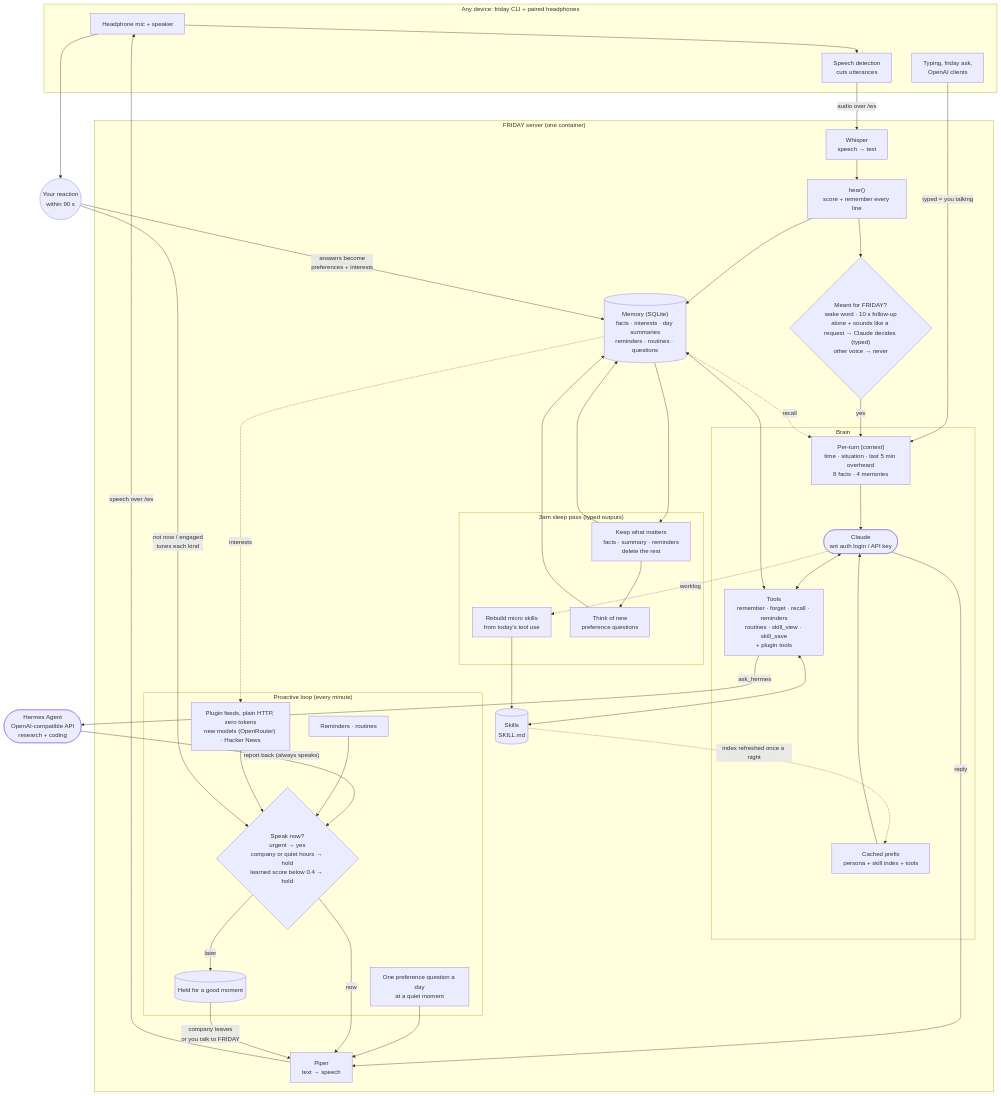
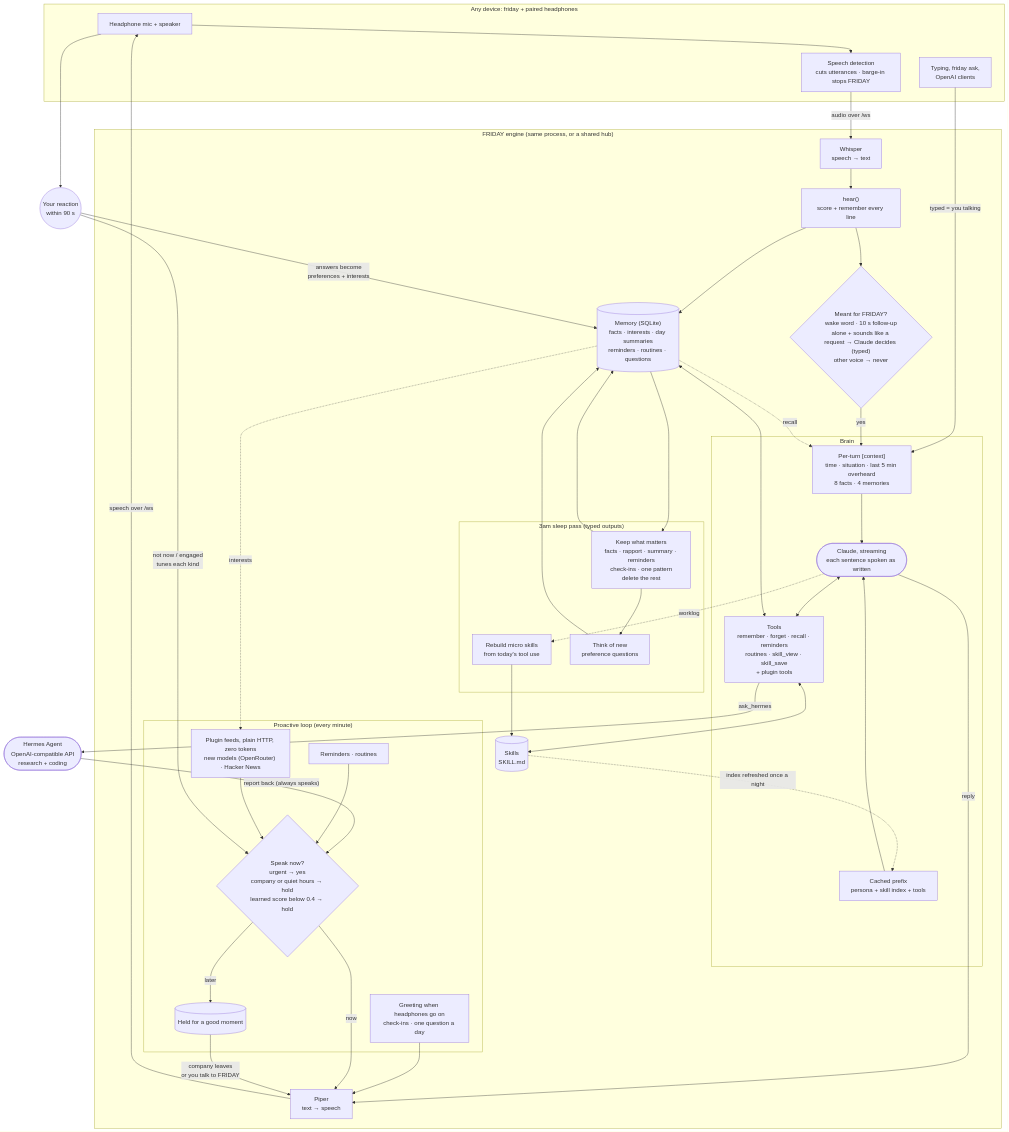
One commit to thesnarkitecht/friday changed the first of 2 diagrams in docs/ARCHITECTURE.md. Above: the diagram before and after it, drawn with Mermaid. The commit also changed other lines of this file and 25 other files, not shown here.

````diff
--- a/docs/ARCHITECTURE.md
+++ b/docs/ARCHITECTURE.md
@@ -8,75 +8,75 @@
 ```mermaid
 flowchart TB
-    subgraph DEVICE["Any device: friday CLI + paired headphones"]
+    subgraph DEVICE["Any device: friday + paired headphones"]
         buds["Headphone mic + speaker"]
-        vad["Speech detection<br/>cuts utterances"]
+        vad["Speech detection<br/>cuts utterances · barge-in stops FRIDAY"]
         typed["Typing, friday ask,<br/>OpenAI clients"]
     end
 
-    subgraph SERVER["FRIDAY server (one container)"]
+    subgraph SERVER["FRIDAY engine (same process, or a shared hub)"]
         stt["Whisper<br/>speech → text"]
         tts["Piper<br/>text → speech"]
         hear["hear()<br/>score + remember every line"]
         who{"Meant for FRIDAY?<br/>wake word · 10 s follow-up<br/>alone + sounds like a request → Claude decides (typed)<br/>other voice → never"}
 
         subgraph BRAIN["Brain"]
             prefix["Cached prefix<br/>persona + skill index + tools"]
             ctx["Per-turn [context]<br/>time · situation · last 5 min overheard<br/>8 facts · 4 memories"]
-            claude(["Claude<br/>ant auth login / API key"])
+            claude(["Claude, streaming<br/>each sentence spoken as written"])
             tools["Tools<br/>remember · forget · recall · reminders<br/>routines · skill_view · skill_save<br/>+ plugin tools"]
         end
 
         mem[("Memory (SQLite)<br/>facts · interests · day summaries<br/>reminders · routines · questions")]
         skills[("Skills<br/>SKILL.md")]
 
         subgraph PRO["Proactive loop (every minute)"]
             due["Reminders · routines"]
             feeds["Plugin feeds, plain HTTP, zero tokens<br/>new models (OpenRouter) · Hacker News"]
-            ask["One preference question a day<br/>at a quiet moment"]
+            ask["Greeting when headphones go on<br/>check-ins · one question a day"]
             gate{"Speak now?<br/>urgent → yes<br/>company or quiet hours → hold<br/>learned score below 0.4 → hold"}
             held[("Held for a good moment")]
         end
 
         subgraph NIGHT["3am sleep pass (typed outputs)"]
-            keep["Keep what matters<br/>facts · summary · reminders<br/>delete the rest"]
+            keep["Keep what matters<br/>facts · rapport · summary · reminders<br/>check-ins · one pattern<br/>delete the rest"]
             review["Rebuild micro skills<br/>from today's tool use"]
             newq["Think of new<br/>preference questions"]
         end
     end
 
     hermes(["Hermes Agent<br/>OpenAI-compatible API<br/>research + coding"])
     you(("Your reaction<br/>within 90 s"))
 
     buds --> vad -- "audio over /ws" --> stt --> hear
     typed -- "typed = you talking" --> ctx
     hear --> mem
     hear --> who
     who -- yes --> ctx
     mem -. recall .-> ctx
     prefix --> claude
     ctx --> claude
     claude <--> tools
     tools <--> mem
     tools <--> skills
     tools -- ask_hermes --> hermes
     hermes -- "report back (always speaks)" --> gate
     claude -- reply --> tts
 
     due --> gate
     feeds --> gate
     ask --> tts
     gate -- now --> tts
     gate -- later --> held
     held -- "company leaves<br/>or you talk to FRIDAY" --> tts
     tts -- "speech over /ws" --> buds
 
     buds --> you
     you -- "not now / engaged<br/>tunes each kind" --> gate
     you -- "answers become<br/>preferences + interests" --> mem
     mem -. interests .-> feeds
 
     mem --> keep --> mem
     claude -. worklog .-> review --> skills
     keep --> newq --> mem
     skills -. "index refreshed once a night" .-> prefix
 ```
````
